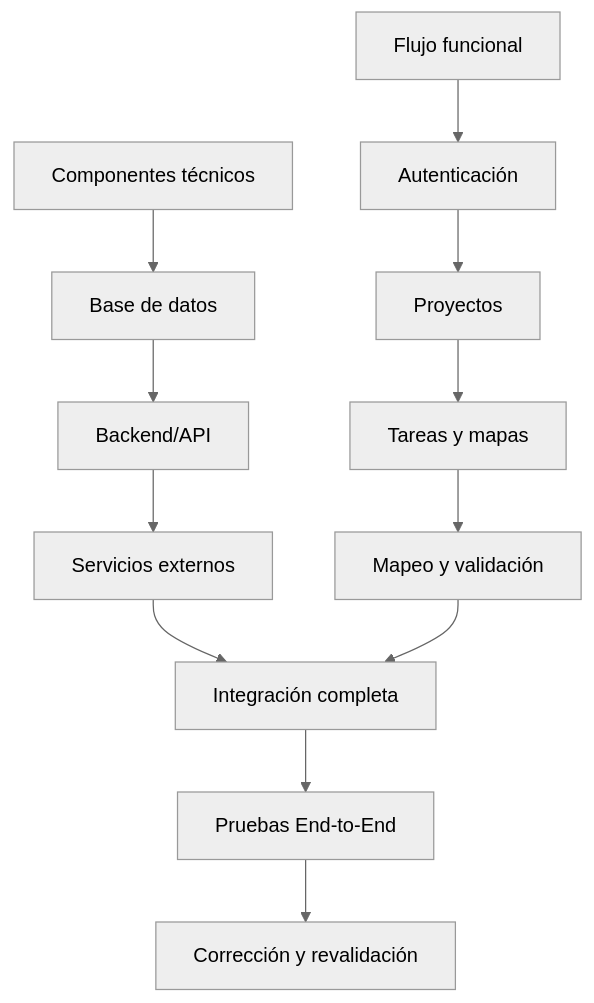
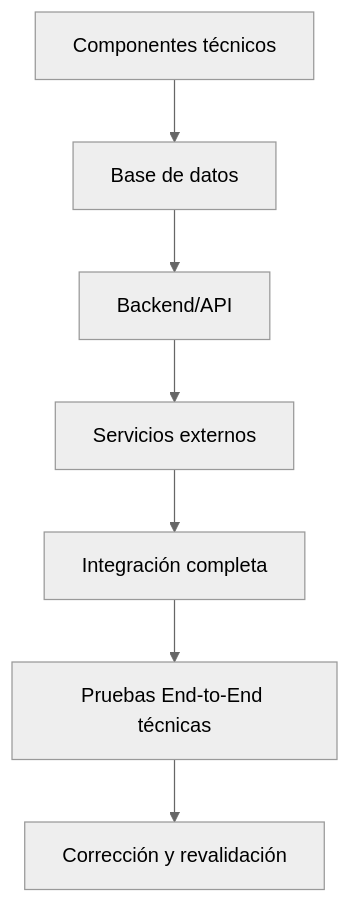
The diagram in tests-docs/01-plan-de-pruebas/05-plan-pruebas-integracion/plan-pruebas-integracion.md (hotosm/tasking-manager), drawn with Mermaid (neutral theme) before and after one commit. The commit also changed other lines of this file, not shown here.

````diff
--- a/tests-docs/01-plan-de-pruebas/05-plan-pruebas-integracion/plan-pruebas-integracion.md
+++ b/tests-docs/01-plan-de-pruebas/05-plan-pruebas-integracion/plan-pruebas-integracion.md
@@ -65,31 +69,17 @@
 ```mermaid
 flowchart TD
     A["Componentes técnicos"]
     B["Base de datos"]
     C["Backend/API"]
     D["Servicios externos"]
-
-    E["Flujo funcional"]
-    F["Autenticación"]
-    G["Proyectos"]
-    H["Tareas y mapas"]
-    I["Mapeo y validación"]
-
-    J["Integración completa"]
-    K["Pruebas End-to-End"]
-    L["Corrección y revalidación"]
+    E["Integración completa"]
+    F["Pruebas End-to-End técnicas"]
+    G["Corrección y revalidación"]
 
     A --> B
     B --> C
     C --> D
-
+    D --> E
     E --> F
     F --> G
-    G --> H
-    H --> I
-
-    D --> J
-    I --> J
-    J --> K
-    K --> L
 ```
````
